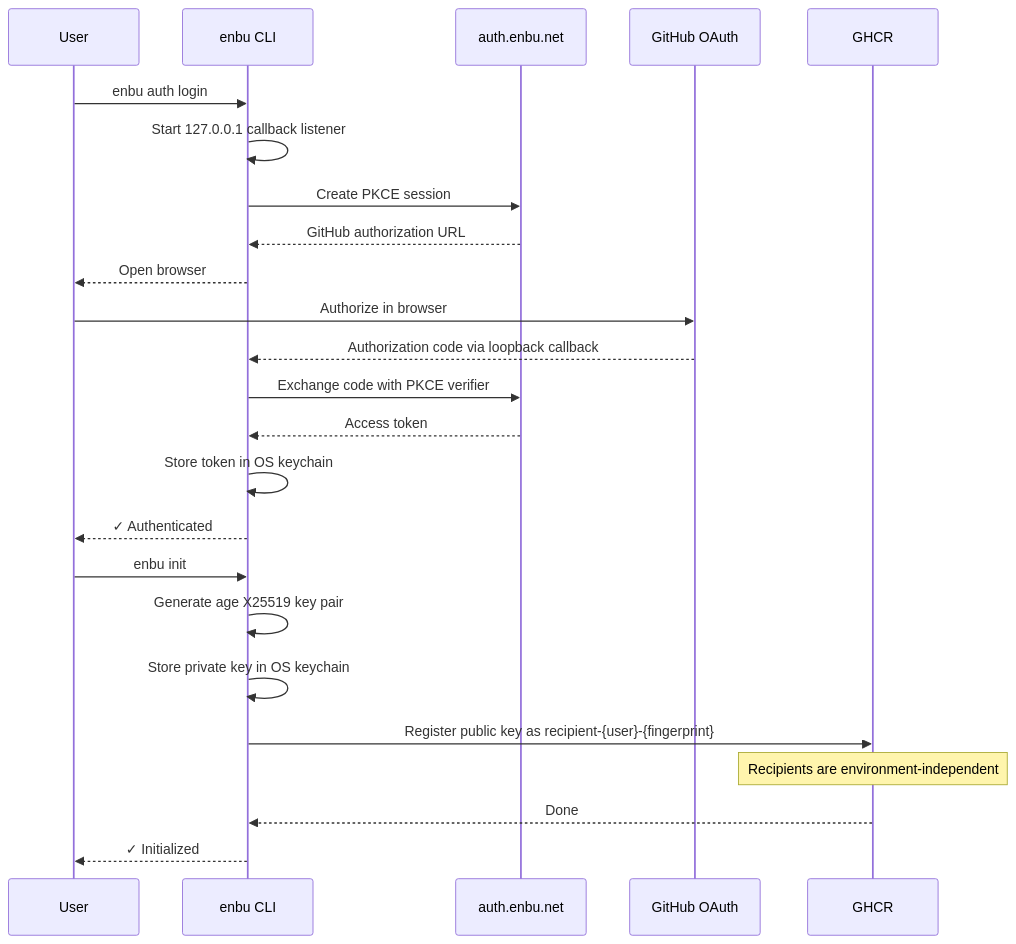
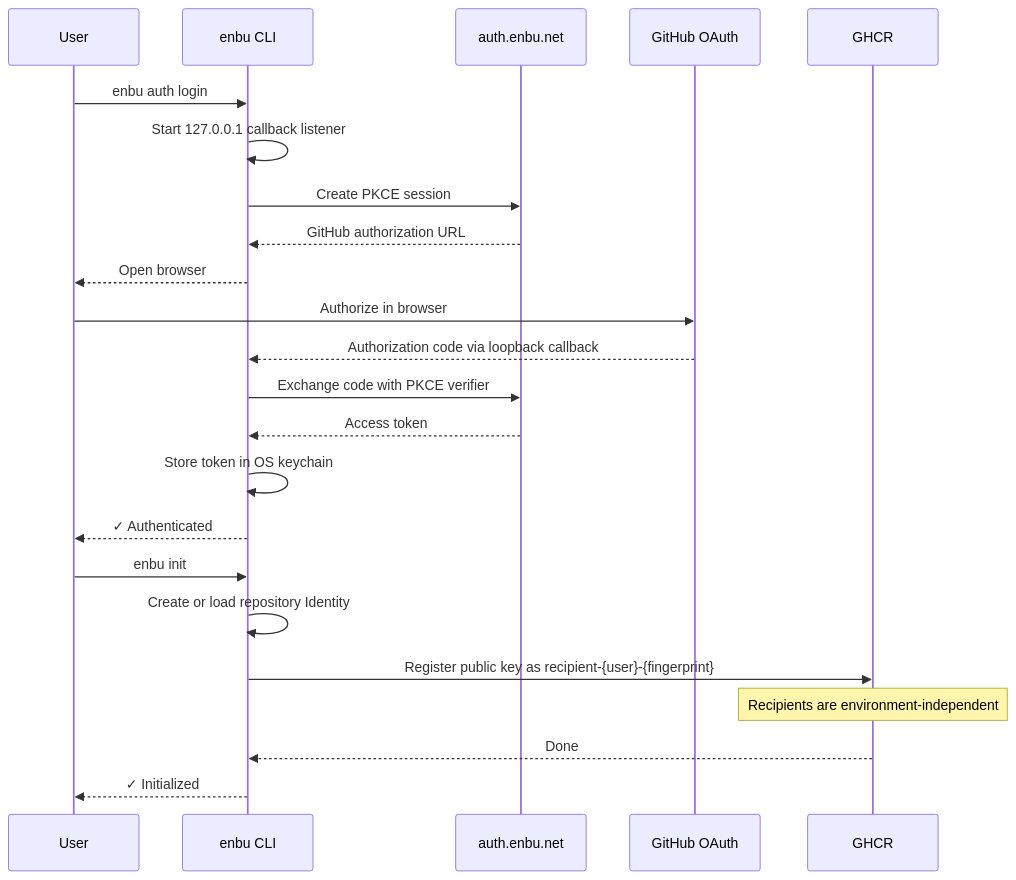
One commit to enbu-net/enbu changed the first of 3 diagrams in README.md. Above: the diagram before and after it, drawn with Mermaid. The commit also changed other lines of this file and 60 other files, not shown here.

````diff
--- a/README.md
+++ b/README.md
@@ -176,28 +202,27 @@
 ```mermaid
 sequenceDiagram
     participant User
     participant CLI as enbu CLI
     participant Auth as auth.enbu.net
     participant GitHub as GitHub OAuth
     participant GHCR
 
     User->>CLI: enbu auth login
     CLI->>CLI: Start 127.0.0.1 callback listener
     CLI->>Auth: Create PKCE session
     Auth-->>CLI: GitHub authorization URL
     CLI-->>User: Open browser
     User->>GitHub: Authorize in browser
     GitHub-->>CLI: Authorization code via loopback callback
     CLI->>Auth: Exchange code with PKCE verifier
     Auth-->>CLI: Access token
     CLI->>CLI: Store token in OS keychain
     CLI-->>User: ✓ Authenticated
 
     User->>CLI: enbu init
-    CLI->>CLI: Generate age X25519 key pair
-    CLI->>CLI: Store private key in OS keychain
+    CLI->>CLI: Create or load repository Identity
     CLI->>GHCR: Register public key as recipient-{user}-{fingerprint}
     Note over GHCR: Recipients are environment-independent
     GHCR-->>CLI: Done
     CLI-->>User: ✓ Initialized
 ```
````
